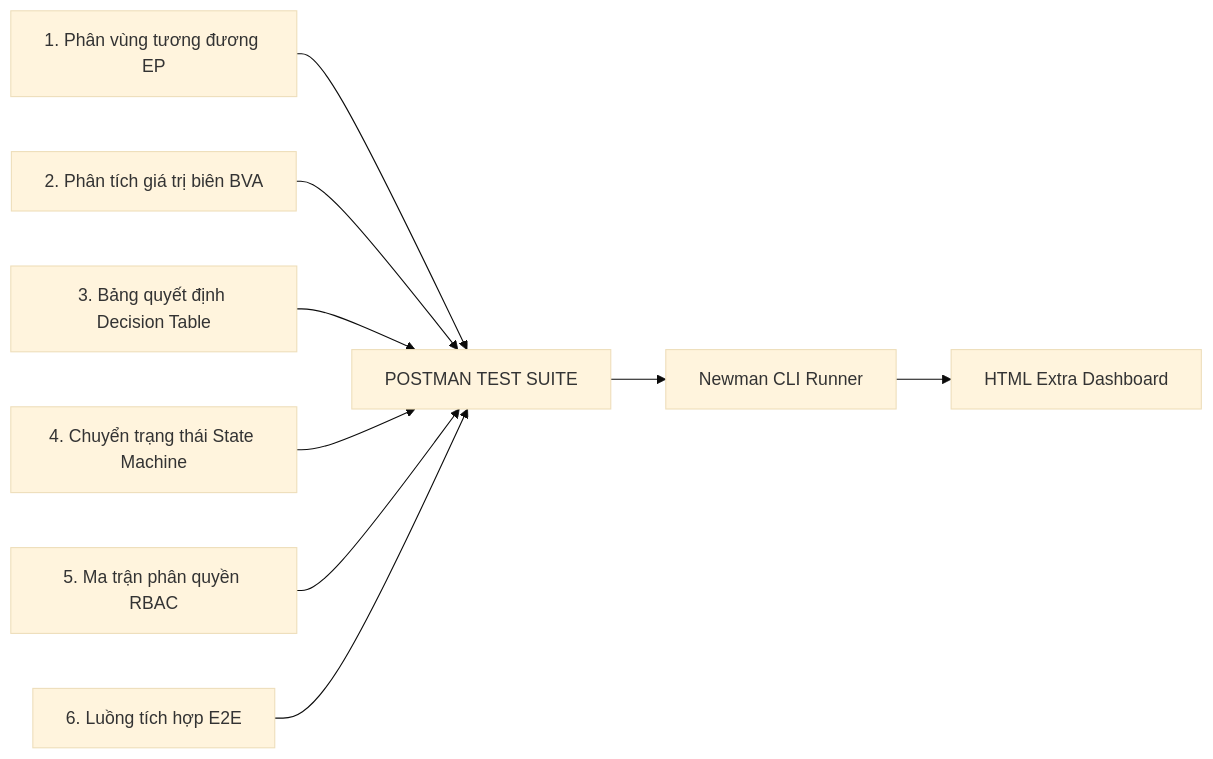
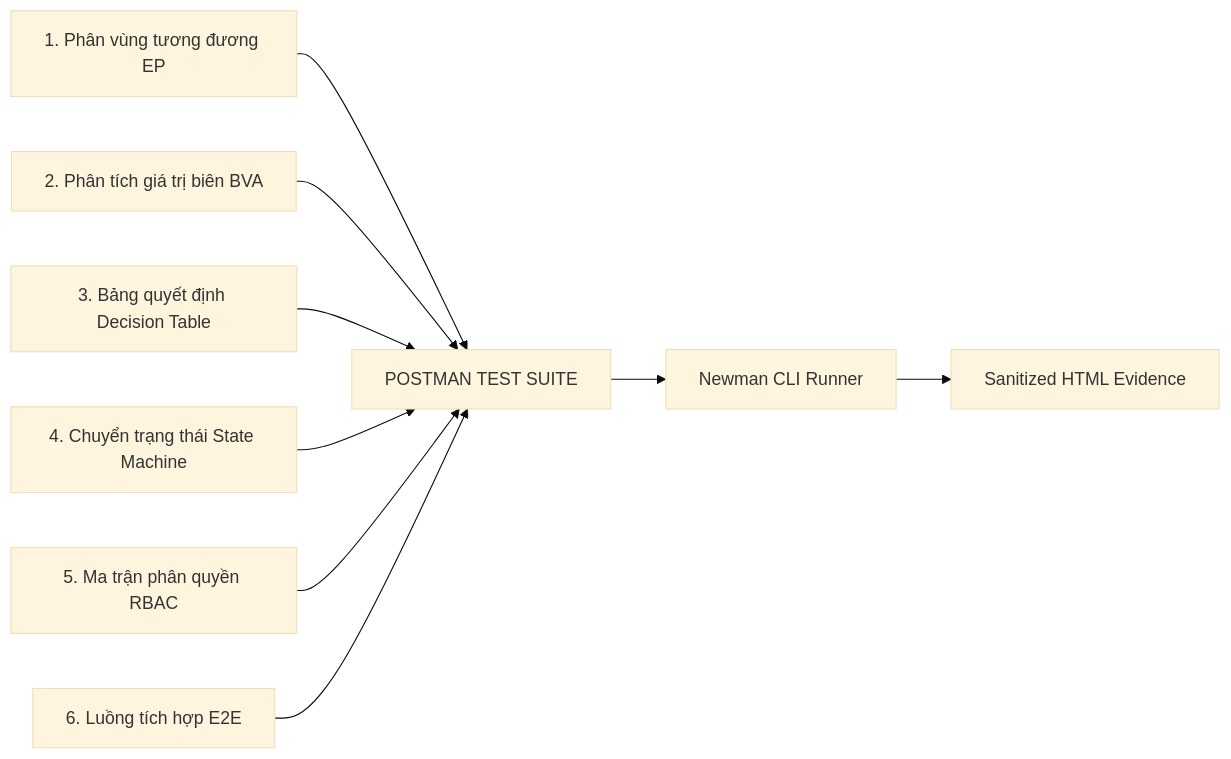
The diagram in docs/MASTER_TEST_PLAN.md (ManhT005/Kiem-thu-nhom-3), drawn with Mermaid (base theme) before and after one commit. The commit also changed other lines of this file and 18 other files, not shown here.

````diff
--- a/docs/MASTER_TEST_PLAN.md
+++ b/docs/MASTER_TEST_PLAN.md
@@ -65,11 +67,11 @@
 ```mermaid
 graph LR
     EP[1. Phân vùng tương đương EP] --> PostmanSuite[POSTMAN TEST SUITE]
     BVA[2. Phân tích giá trị biên BVA] --> PostmanSuite
     DT[3. Bảng quyết định Decision Table] --> PostmanSuite
     ST[4. Chuyển trạng thái State Machine] --> PostmanSuite
     RBAC[5. Ma trận phân quyền RBAC] --> PostmanSuite
     E2E[6. Luồng tích hợp E2E] --> PostmanSuite
     PostmanSuite --> Newman[Newman CLI Runner]
-    Newman --> Report[HTML Extra Dashboard]
+    Newman --> Report[Sanitized HTML Evidence]
 ```
````
